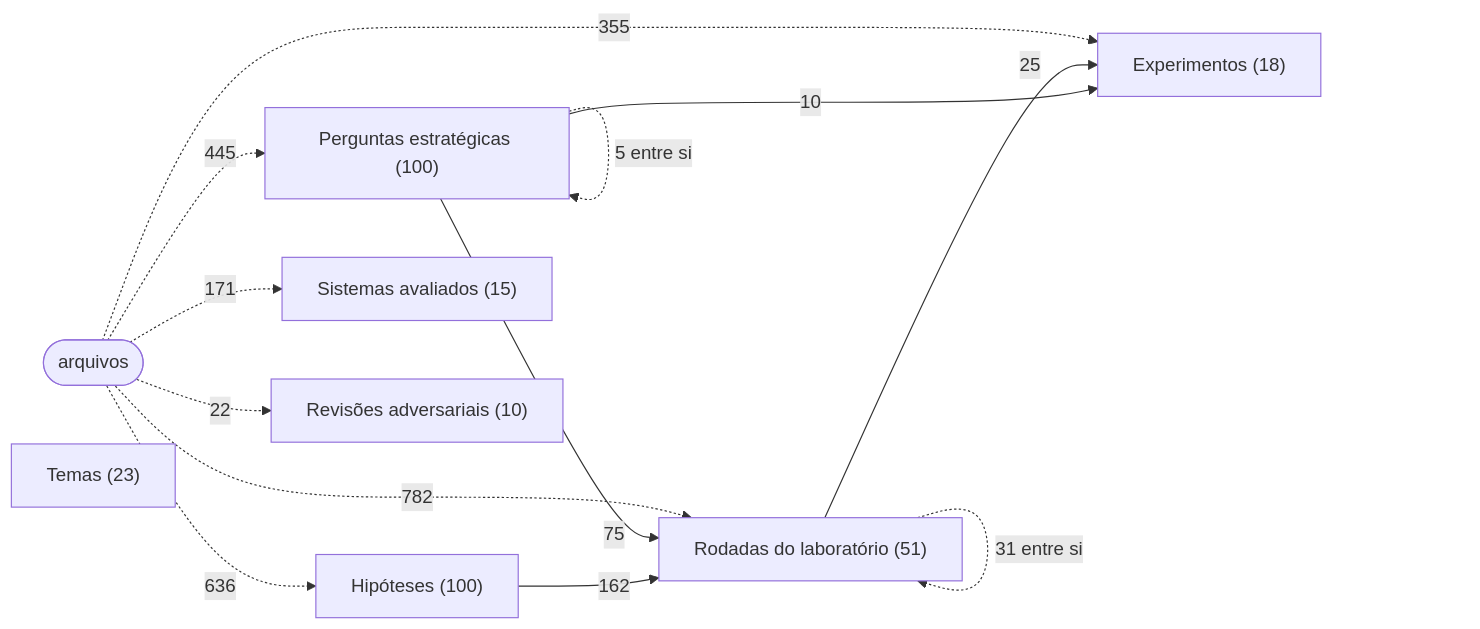
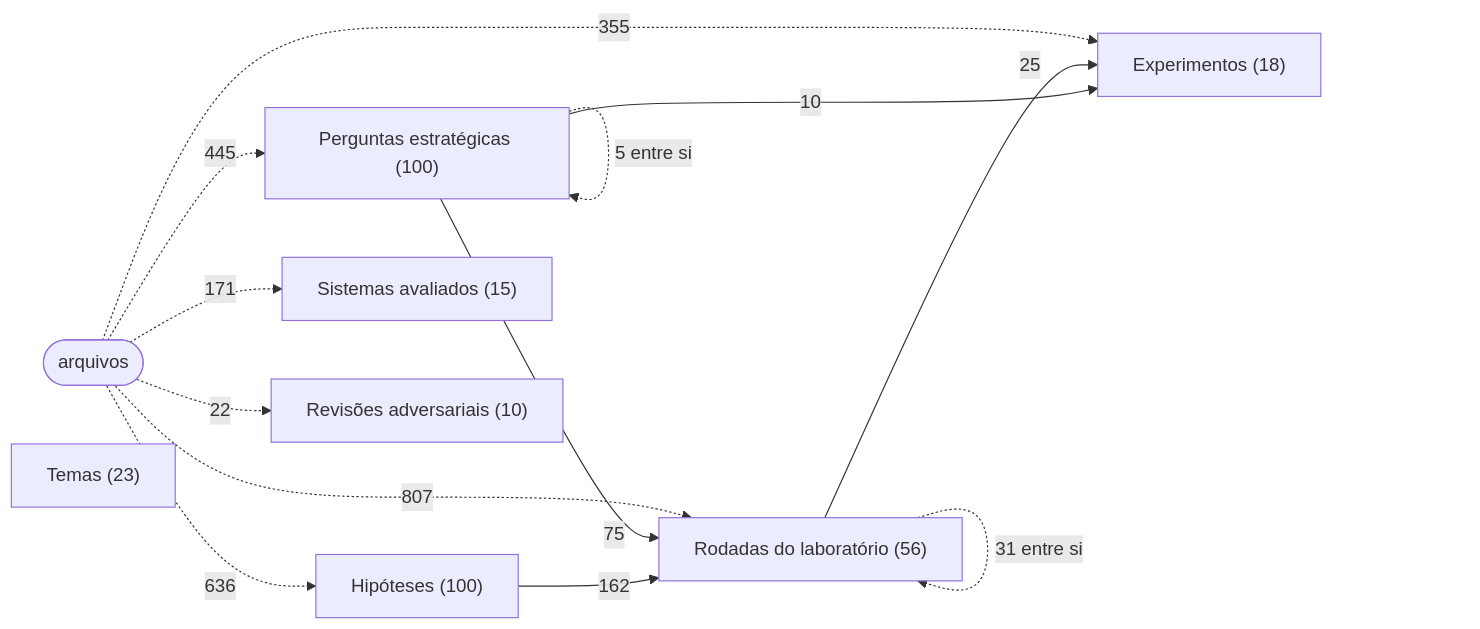
The first of 3 diagrams in MAPA.md (igormorais123/JEV), drawn with Mermaid before and after one commit. The commit also changed other lines of this file and 47 other files, not shown here.

````diff
--- a/MAPA.md
+++ b/MAPA.md
@@ -61,23 +61,23 @@
 ```mermaid
 flowchart LR
   ARQ(["arquivos"])
   E["Experimentos (18)"]
-  R["Rodadas do laboratório (51)"]
+  R["Rodadas do laboratório (56)"]
   H["Hipóteses (100)"]
   Q["Perguntas estratégicas (100)"]
   S["Sistemas avaliados (15)"]
   V["Revisões adversariais (10)"]
   T["Temas (23)"]
   H -->|162| R
   Q -->|10| E
   Q -.->|5 entre si| Q
   Q -->|75| R
   R -->|25| E
   R -.->|31 entre si| R
   ARQ -.->|355| E
   ARQ -.->|636| H
   ARQ -.->|445| Q
-  ARQ -.->|782| R
+  ARQ -.->|807| R
   ARQ -.->|171| S
   ARQ -.->|22| V
 ```
````
